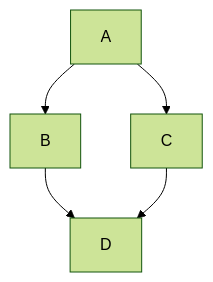
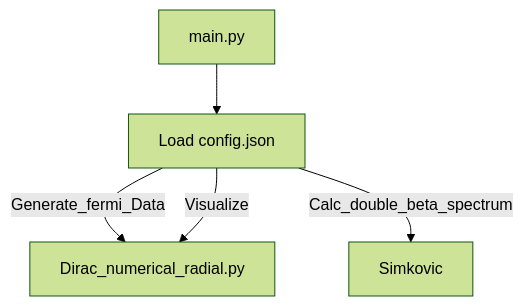
Before and after one commit to pgovaert1/PyRadial: the diagram in README.md, drawn with Mermaid (forest theme).

Commit message:
Update flow diagram in README.md

````diff
--- a/README.md
+++ b/README.md
@@ -9,7 +9,7 @@
 ```mermaid 
 graph TD;
-  A --> B;
-  A --> C;
-  B --> D;
-  C --> D;
+  A[main.py] --> B[Load config.json];
+  B --> |Generate_fermi_Data| C[Dira_numerical_radial.py];
+  B --> |Visualize| C[Dirac_numerical_radial.py];
+  B --> |Calc_double_beta_spectrum| D[Simkovic] ;
 ```
````
